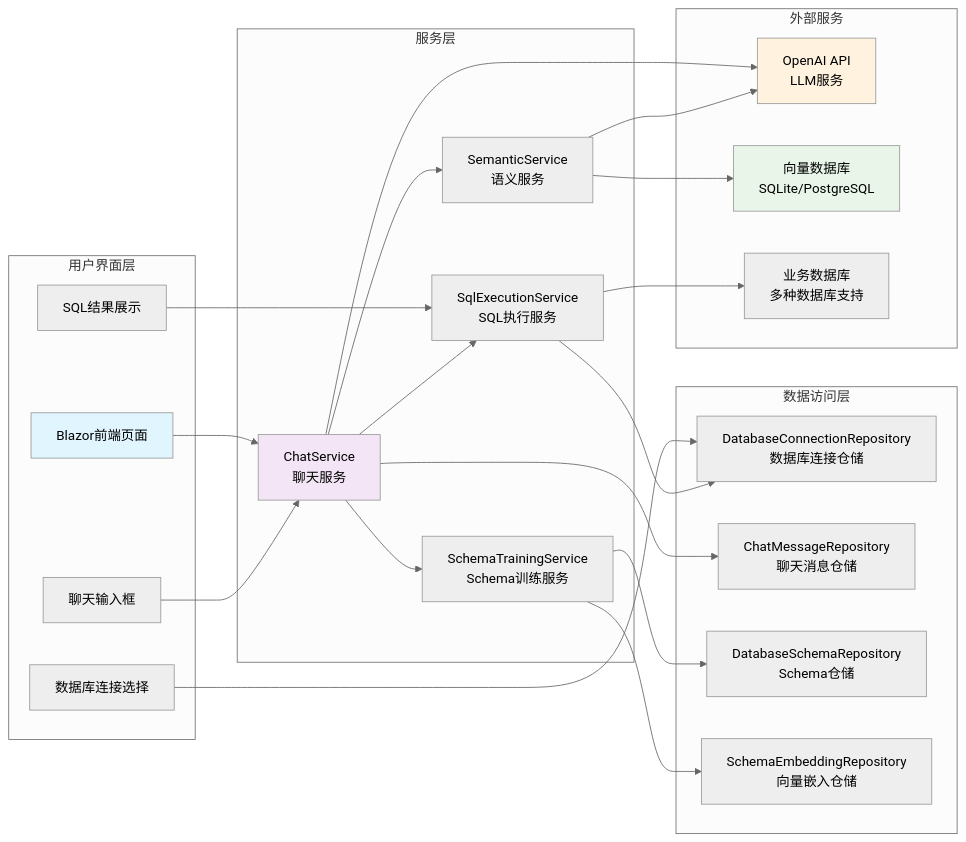
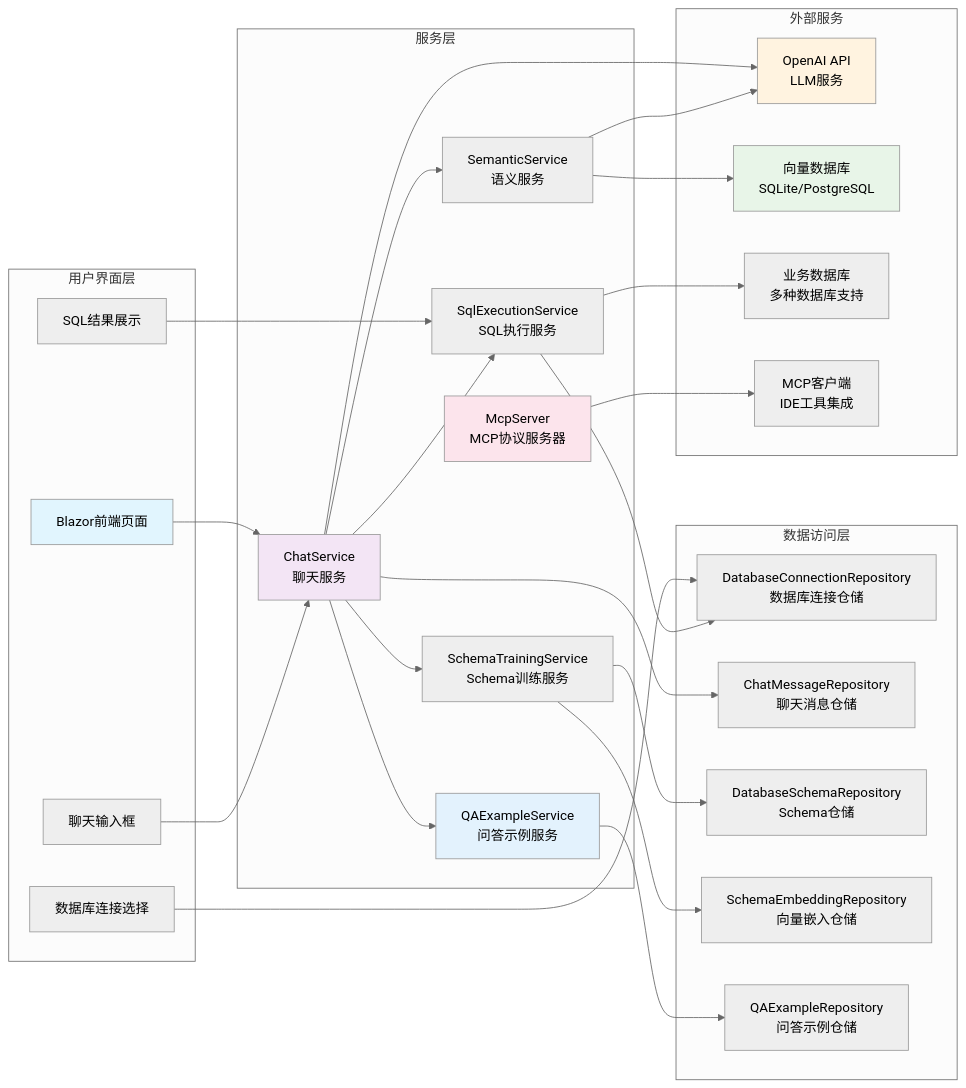
Before and after one commit to ichichchch/Text2Sql.Net: the third of 3 diagrams in README.md, drawn with Mermaid (neutral theme). The commit also changed other lines of this file and 1 other file, not shown here.

````diff
--- a/README.md
+++ b/README.md
@@ -123,53 +125,62 @@
 ```mermaid
 flowchart LR
     subgraph "用户界面层"
         A[Blazor前端页面]
         B[数据库连接选择]
         C[聊天输入框]
         D[SQL结果展示]
     end
     
     subgraph "服务层"
         E[ChatService<br/>聊天服务]
         F[SchemaTrainingService<br/>Schema训练服务]
         G[SemanticService<br/>语义服务]
         H[SqlExecutionService<br/>SQL执行服务]
+        I[QAExampleService<br/>问答示例服务]
+        J[McpServer<br/>MCP协议服务器]
     end
     
     subgraph "数据访问层"
-        I[DatabaseConnectionRepository<br/>数据库连接仓储]
-        J[ChatMessageRepository<br/>聊天消息仓储]
-        K[DatabaseSchemaRepository<br/>Schema仓储]
-        L[SchemaEmbeddingRepository<br/>向量嵌入仓储]
+        K[DatabaseConnectionRepository<br/>数据库连接仓储]
+        L[ChatMessageRepository<br/>聊天消息仓储]
+        M[DatabaseSchemaRepository<br/>Schema仓储]
+        N[SchemaEmbeddingRepository<br/>向量嵌入仓储]
+        O[QAExampleRepository<br/>问答示例仓储]
     end
     
     subgraph "外部服务"
-        M[OpenAI API<br/>LLM服务]
-        N[向量数据库<br/>SQLite/PostgreSQL]
-        O[业务数据库<br/>多种数据库支持]
+        P[OpenAI API<br/>LLM服务]
+        Q[向量数据库<br/>SQLite/PostgreSQL]
+        R[业务数据库<br/>多种数据库支持]
+        S[MCP客户端<br/>IDE工具集成]
     end
     
     A --> E
-    B --> I
+    B --> K
     C --> E
     D --> H
     
     E --> F
     E --> G
     E --> H
-    E --> J
+    E --> L
+    E --> I
     
-    F --> K
-    F --> L
-    G --> N
-    H --> I
-    H --> O
+    F --> M
+    F --> N
+    G --> Q
+    H --> K
+    H --> R
+    I --> O
+    J --> S
     
-    E --> M
-    G --> M
+    E --> P
+    G --> P
     
     style A fill:#e1f5fe
     style E fill:#f3e5f5
-    style M fill:#fff3e0
-    style N fill:#e8f5e8
+    style P fill:#fff3e0
+    style Q fill:#e8f5e8
+    style J fill:#fce4ec
+    style I fill:#e3f2fd
 ```
````
